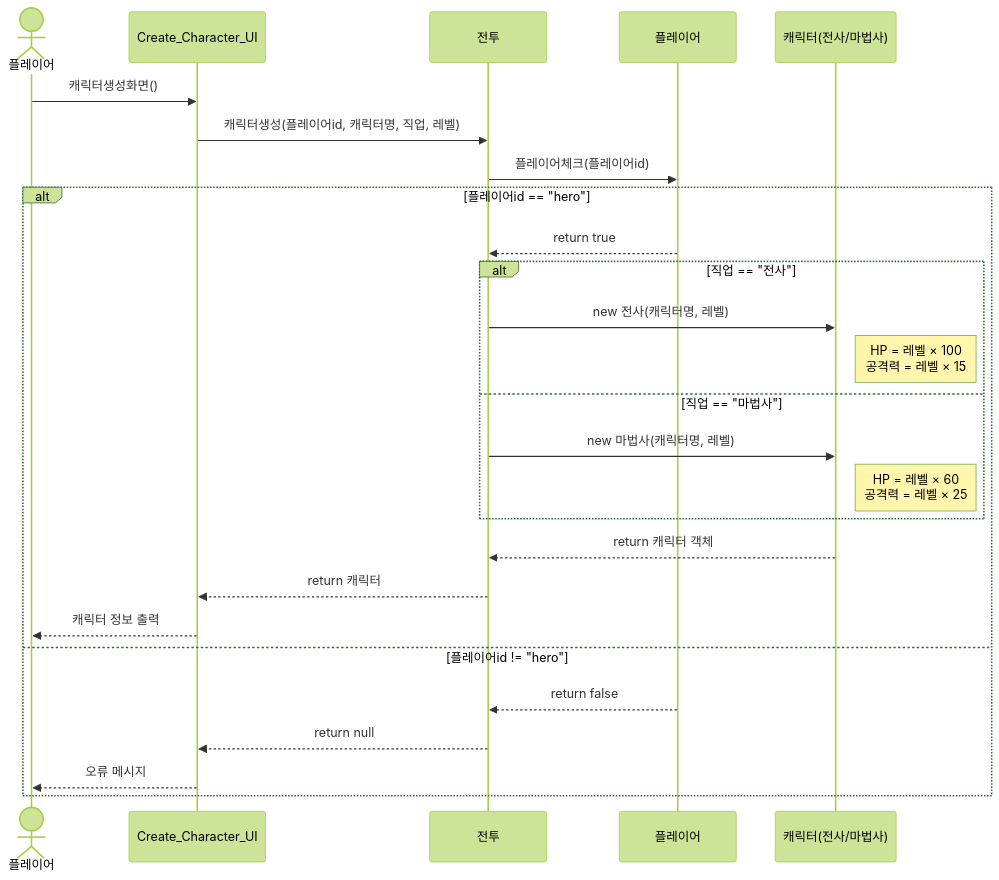
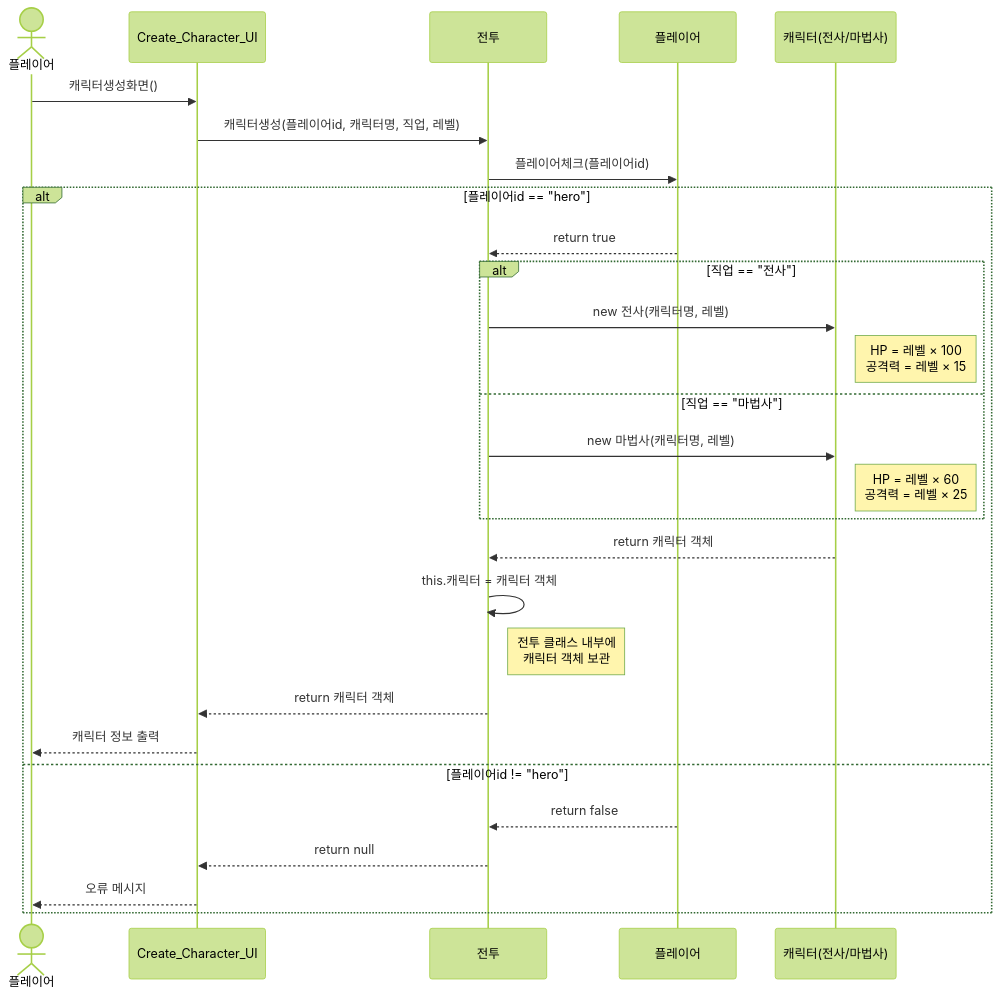
One commit to myeongjunyoung/DNF_BATTLE_B_01- changed the diagram in sequenceDiagram.md. Above: the diagram before and after it, drawn with Mermaid (forest theme). The commit also changed 1 other file, not shown here.

Commit message:
시퀀스 다이어그램 수정

````diff
--- a/sequenceDiagram.md
+++ b/sequenceDiagram.md
@@ -1,33 +1,37 @@
 ```mermaid
 sequenceDiagram
     actor Player as 플레이어
     participant UI as Create_Character_UI
     participant Battle as 전투
     participant PlayerObj as 플레이어
     participant Character as 캐릭터(전사/마법사)
     
     Player->>UI: 캐릭터생성화면()
     UI->>Battle: 캐릭터생성(플레이어id, 캐릭터명, 직업, 레벨)
     
     Battle->>PlayerObj: 플레이어체크(플레이어id)
     
     alt 플레이어id == "hero"
         PlayerObj-->>Battle: return true
         
         alt 직업 == "전사"
             Battle->>Character: new 전사(캐릭터명, 레벨)
             Note right of Character: HP = 레벨 × 100<br/>공격력 = 레벨 × 15
         else 직업 == "마법사"
             Battle->>Character: new 마법사(캐릭터명, 레벨)
             Note right of Character: HP = 레벨 × 60<br/>공격력 = 레벨 × 25
         end
         
         Character-->>Battle: return 캐릭터 객체
-        Battle-->>UI: return 캐릭터
+        
+        Battle->>Battle: this.캐릭터 = 캐릭터 객체
+        Note right of Battle: 전투 클래스 내부에<br/>캐릭터 객체 보관
+        
+        Battle-->>UI: return 캐릭터 객체
         UI-->>Player: 캐릭터 정보 출력
     else 플레이어id != "hero"
         PlayerObj-->>Battle: return false
         Battle-->>UI: return null
         UI-->>Player: 오류 메시지
     end
 ```
````
